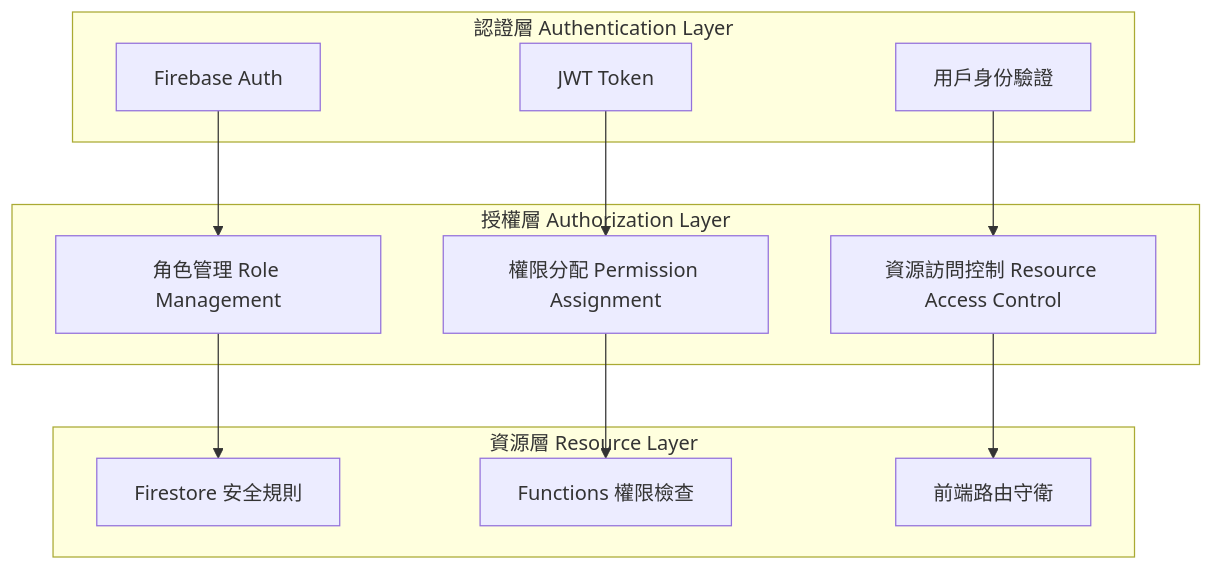
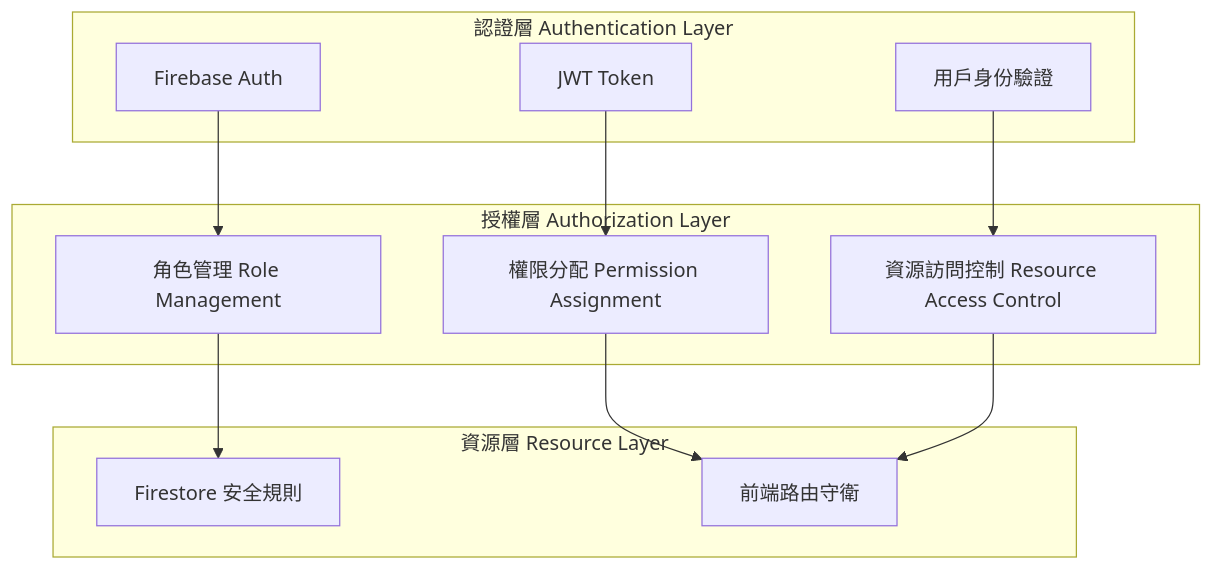
Before and after one commit to ac484/work: the first of 2 diagrams in .kiro/steering/permissions.md, drawn with Mermaid. The commit also changed other lines of this file and 8 other files, not shown here.

````diff
--- a/.kiro/steering/permissions.md
+++ b/.kiro/steering/permissions.md
@@ -11,27 +11,26 @@
 ```mermaid
 graph TB
     subgraph "認證層 Authentication Layer"
         A[Firebase Auth]
         B[JWT Token]
         C[用戶身份驗證]
     end
     
     subgraph "授權層 Authorization Layer"
         D[角色管理 Role Management]
         E[權限分配 Permission Assignment]
         F[資源訪問控制 Resource Access Control]
     end
     
     subgraph "資源層 Resource Layer"
         G[Firestore 安全規則]
-        H[Functions 權限檢查]
         I[前端路由守衛]
     end
     
     A --> D
     B --> E
     C --> F
     D --> G
-    E --> H
+    E --> I
     F --> I
 ```
````
